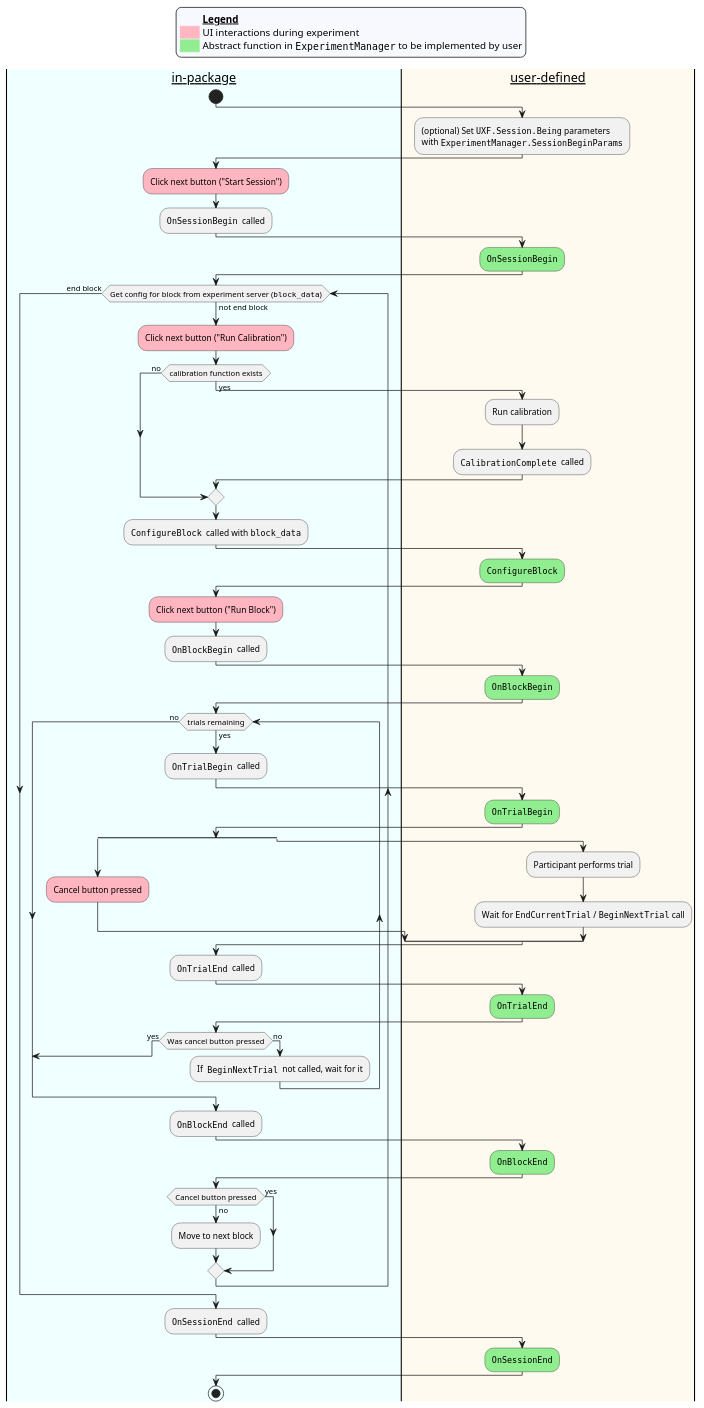
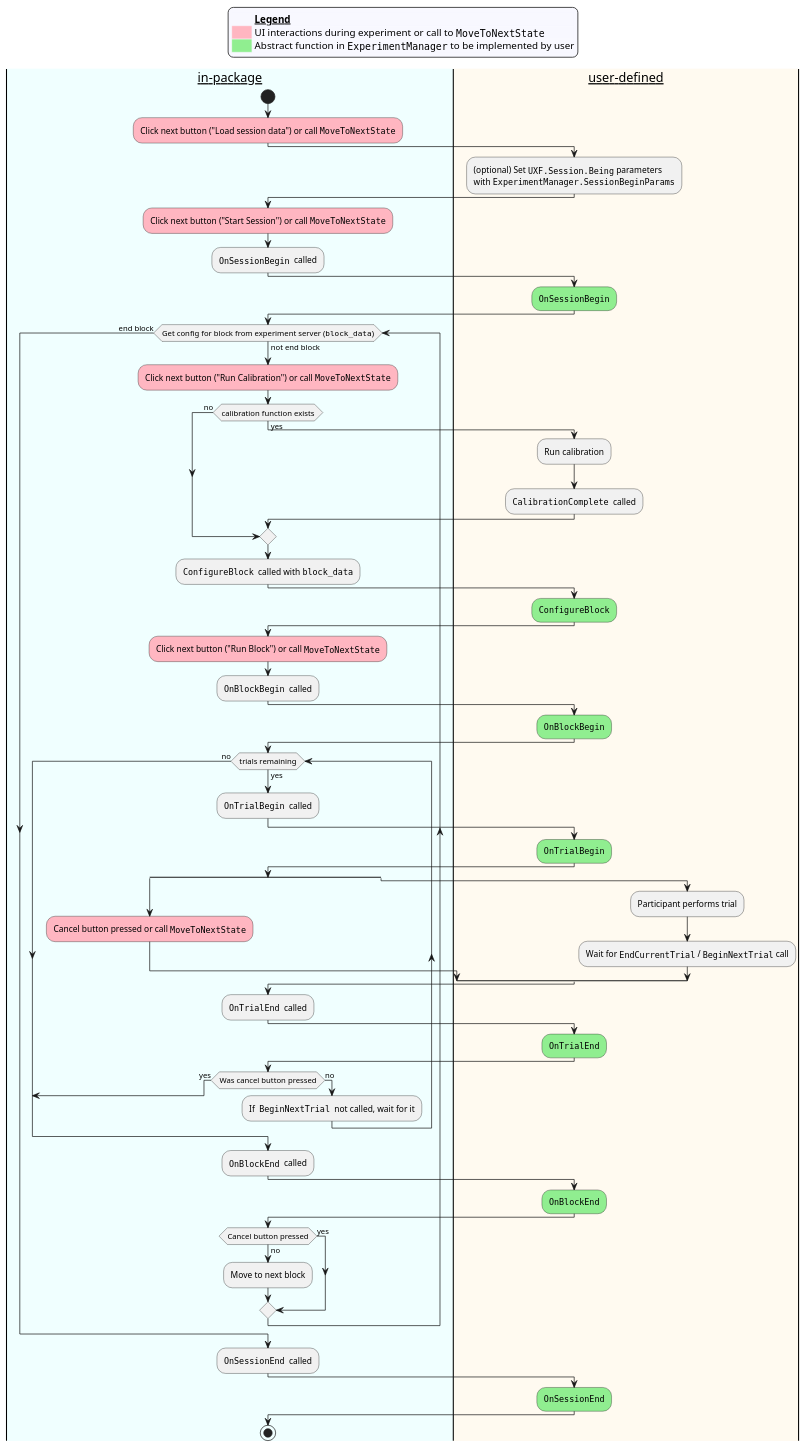
The diagram in Docs~/activity_chart.plantuml (ovi-lab/UXF-extensions), drawn with PlantUML before and after one commit. The commit also changed 3 other files, not shown here.

```diff
--- a/Docs~/activity_chart.plantuml
+++ b/Docs~/activity_chart.plantuml
@@ -1,99 +1,100 @@
 @startuml
 skinparam legend {
   backgroundColor #GhostWhite
   entrySeparator #GhostWhite
 }
 
 legend top
   <#GhostWhite,#GhostWhite>|        |= __Legend__ |
-  |<#lightpink>   | UI interactions during experiment|
+  |<#lightpink>   | UI interactions during experiment or call to ""MoveToNextState""|
   |<#lightgreen>  | Abstract function in ""ExperimentManager"" to be implemented by user|
 endlegend
 
 |__in-package__|
 start
+#lightpink:Click next button ("Load session data") or call ""MoveToNextState"";
 |#FloralWhite|__user-defined__|
 :(optional) Set ""UXF.Session.Being"" parameters
 with ""ExperimentManager.SessionBeginParams"";
 |__in-package__|
-#lightpink:Click next button ("Start Session");
+#lightpink:Click next button ("Start Session") or call ""MoveToNextState"";
 :""OnSessionBegin""  called;
 |__user-defined__|
 #lightgreen:""OnSessionBegin"";
 |#Azure|__in-package__|
 
 while (Get config for block from experiment server (""block_data"")) is (not end block)
 
-    #lightpink:Click next button ("Run Calibration");
+    #lightpink:Click next button ("Run Calibration") or call ""MoveToNextState"";
     if (calibration function exists) then (yes)
         |__user-defined__|
         :Run calibration;
         :""CalibrationComplete""  called;
     else (no)
     endif
 
     |__in-package__|
     :""ConfigureBlock""  called with ""block_data"";
 
     |__user-defined__|
     #lightgreen:""ConfigureBlock"";
 
     |__in-package__|
-    #lightpink:Click next button ("Run Block");
+    #lightpink:Click next button ("Run Block") or call ""MoveToNextState"";
     :""OnBlockBegin""  called;
 
     |__user-defined__|
     #lightgreen:""OnBlockBegin"";
 
     |__in-package__|
     while (trials remaining) is (yes)
 
         :""OnTrialBegin""  called;
 
         |__user-defined__|
         #lightgreen:""OnTrialBegin"";
 
         split
             |__in-package__|
-            #lightpink:Cancel button pressed;
+            #lightpink:Cancel button pressed or call ""MoveToNextState"";
         split again
             |__user-defined__|
             :Participant performs trial;
             :Wait for ""EndCurrentTrial"" / ""BeginNextTrial"" call;
         end split
 
         |__in-package__|
         :""OnTrialEnd""  called;
 
         |__user-defined__|
         #lightgreen:""OnTrialEnd"";
 
         |__in-package__|
         if (Was cancel button pressed) then (yes)
             break
         else (no)
             :If  ""BeginNextTrial""  not called, wait for it;
         endif
     endwhile (no)
 
     :""OnBlockEnd""  called;
 
     |__user-defined__|
     #lightgreen:""OnBlockEnd"";
 
     |__in-package__|
     if (Cancel button pressed) then (no)
         :Move to next block;
     else (yes)
     endif
 
 endwhile (end block)
 
 :""OnSessionEnd""  called;
 
 |__user-defined__|
 #lightgreen:""OnSessionEnd"";
 
 |__in-package__|
 stop
 @enduml
```
